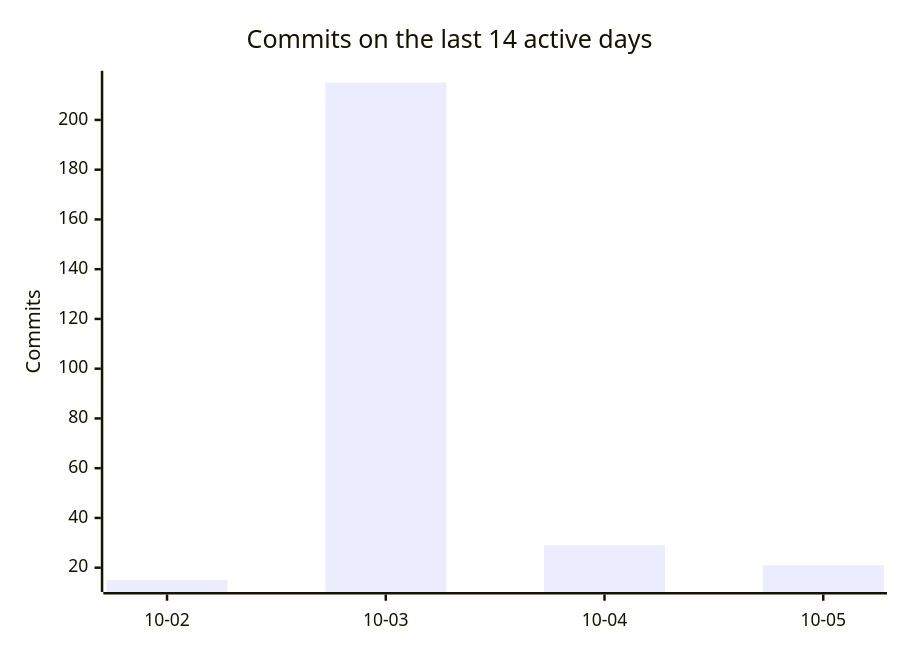
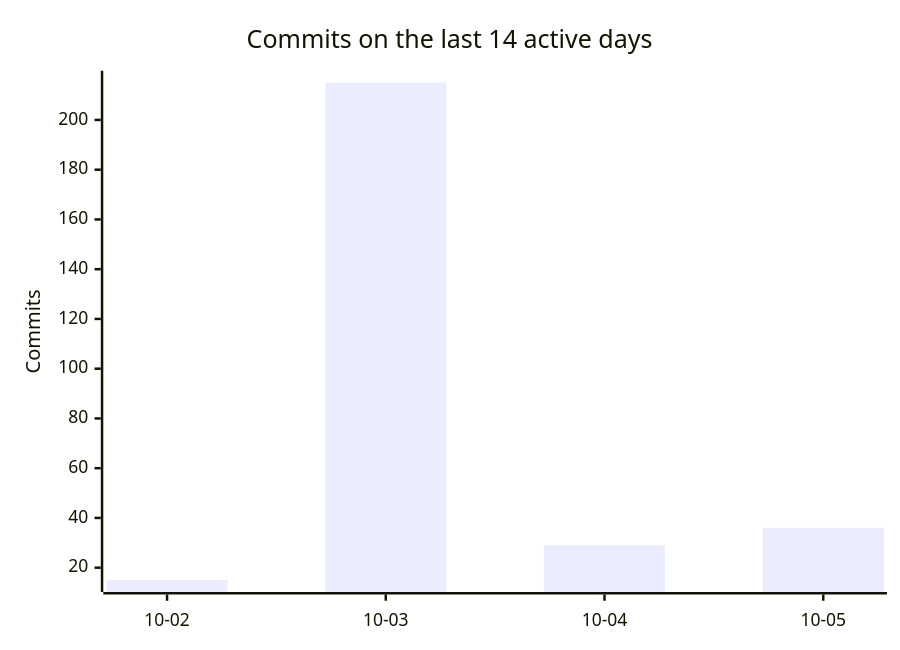
The third of 3 diagrams in README.md (PflanzenDex/PflanzenDex), drawn with Mermaid before and after one commit. The commit also changed other lines of this file, not shown here.

````diff
--- a/README.md
+++ b/README.md
@@ -70,7 +70,7 @@
 ```mermaid
 xychart-beta
   title "Commits on the last 14 active days"
   x-axis ["10-02", "10-03", "10-04", "10-05"]
   y-axis "Commits"
-  bar [15, 215, 29, 21]
+  bar [15, 215, 29, 36]
 ```
````
